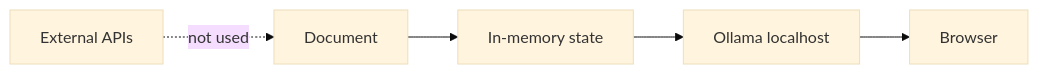
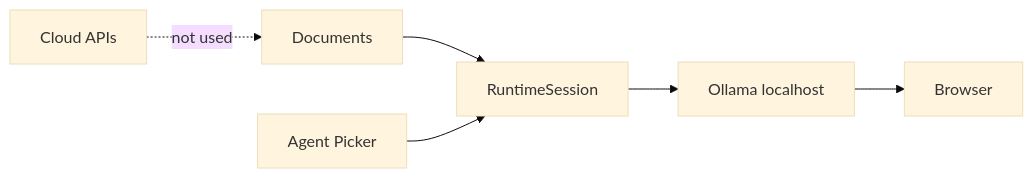
One commit to Garvit-821/Private-Legal-Research-Agent changed the ninth of 9 diagrams in README.md. Above: the diagram before and after it, drawn with Mermaid (base theme). The commit also changed other lines of this file, not shown here.

Commit message:
docs: document Agent Picker, JSON v1 API, and updated architecture

````diff
--- a/README.md
+++ b/README.md
@@ -751,7 +747,8 @@
 ```mermaid
 flowchart LR
-    DOC[Document] --> MEM[In-memory state]
+    DOC[Documents] --> MEM[RuntimeSession]
+    PICKER[Agent Picker] --> MEM
     MEM --> OL[Ollama localhost]
     OL --> OUT[Browser]
-    CLOUD[External APIs] -.->|not used| DOC
+    CLOUD[Cloud APIs] -.->|not used| DOC
 ```
````
